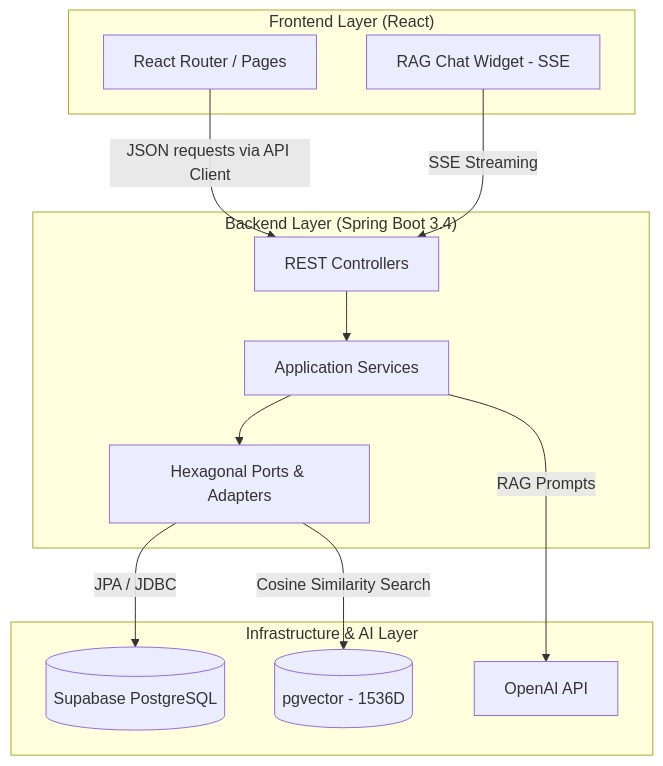
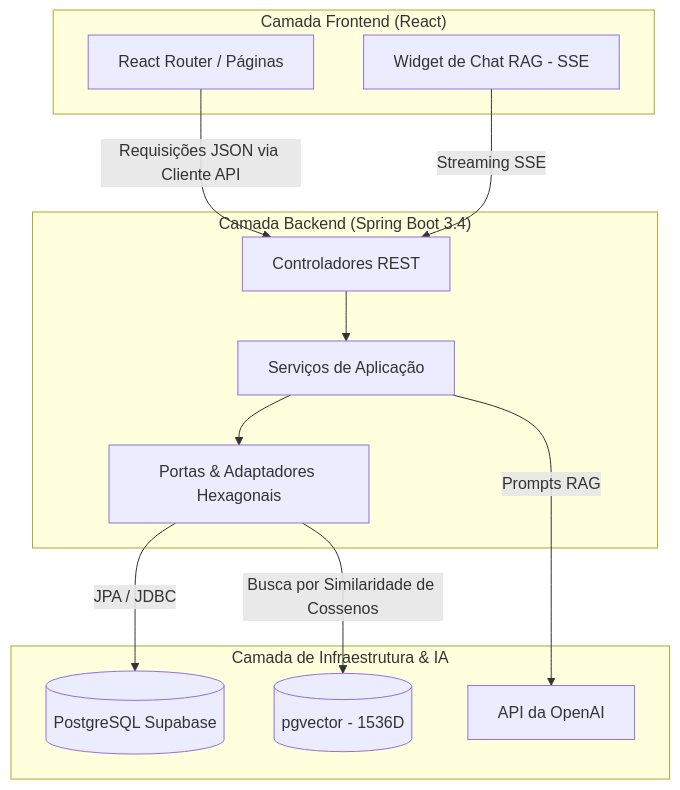
The diagram in README.md (Miguells10/OmniGame), drawn with Mermaid before and after one commit. The commit also changed other lines of this file, not shown here.

````diff
--- a/README.md
+++ b/README.md
@@ -39,27 +39,27 @@
 ```mermaid
 graph TD
-    subgraph Client["Frontend Layer (React)"]
-        UI[React Router / Pages]
-        Chat[RAG Chat Widget - SSE]
+    subgraph Client["Camada Frontend (React)"]
+        UI[React Router / Páginas]
+        Chat[Widget de Chat RAG - SSE]
     end
 
-    subgraph API["Backend Layer (Spring Boot 3.4)"]
-        REST[REST Controllers]
-        Services[Application Services]
-        Hex[Hexagonal Ports & Adapters]
+    subgraph API["Camada Backend (Spring Boot 3.4)"]
+        REST[Controladores REST]
+        Services[Serviços de Aplicação]
+        Hex[Portas & Adaptadores Hexagonais]
     end
 
-    subgraph Data["Infrastructure & AI Layer"]
-        DB[(Supabase PostgreSQL)]
+    subgraph Data["Camada de Infraestrutura & IA"]
+        DB[(PostgreSQL Supabase)]
         Vector[(pgvector - 1536D)]
-        LLM[OpenAI API]
+        LLM[API da OpenAI]
     end
 
-    UI -->|JSON requests via API Client| REST
-    Chat -->|SSE Streaming| REST
+    UI -->|Requisições JSON via Cliente API| REST
+    Chat -->|Streaming SSE| REST
     REST --> Services
     Services --> Hex
     Hex -->|JPA / JDBC| DB
-    Hex -->|Cosine Similarity Search| Vector
-    Services -->|RAG Prompts| LLM
+    Hex -->|Busca por Similaridade de Cossenos| Vector
+    Services -->|Prompts RAG| LLM
 ```
````
